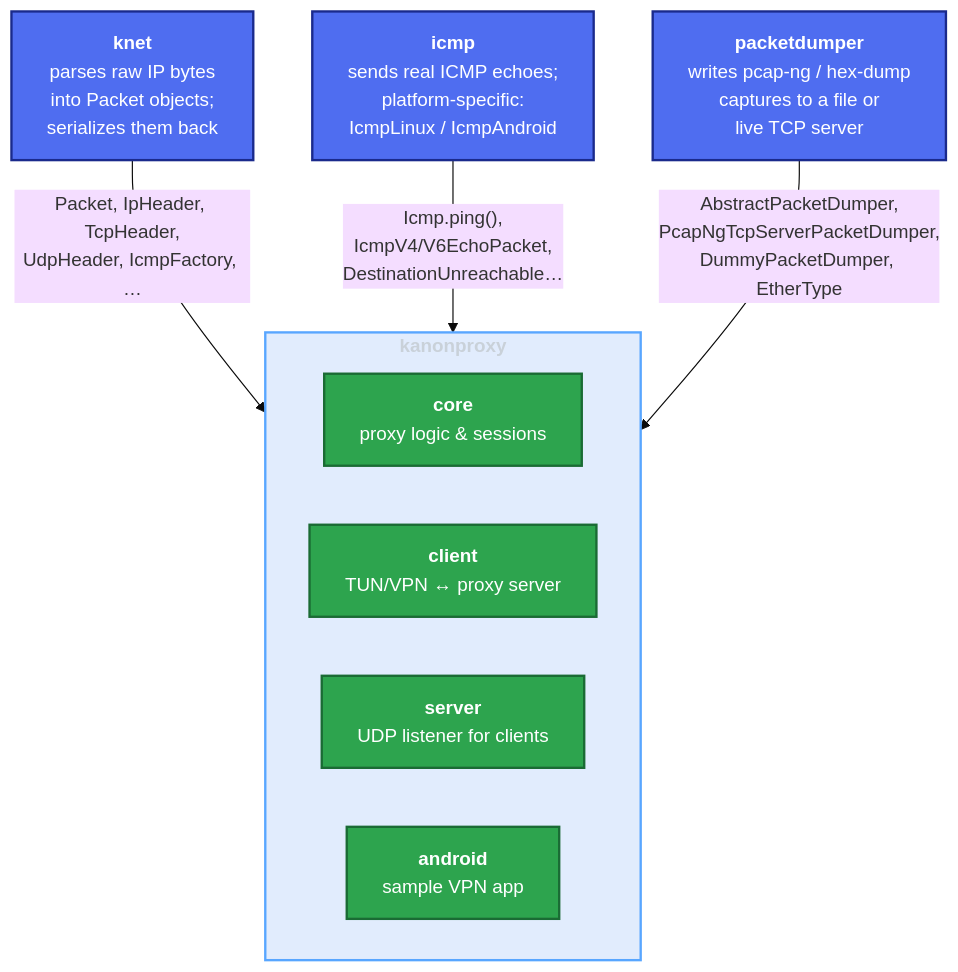
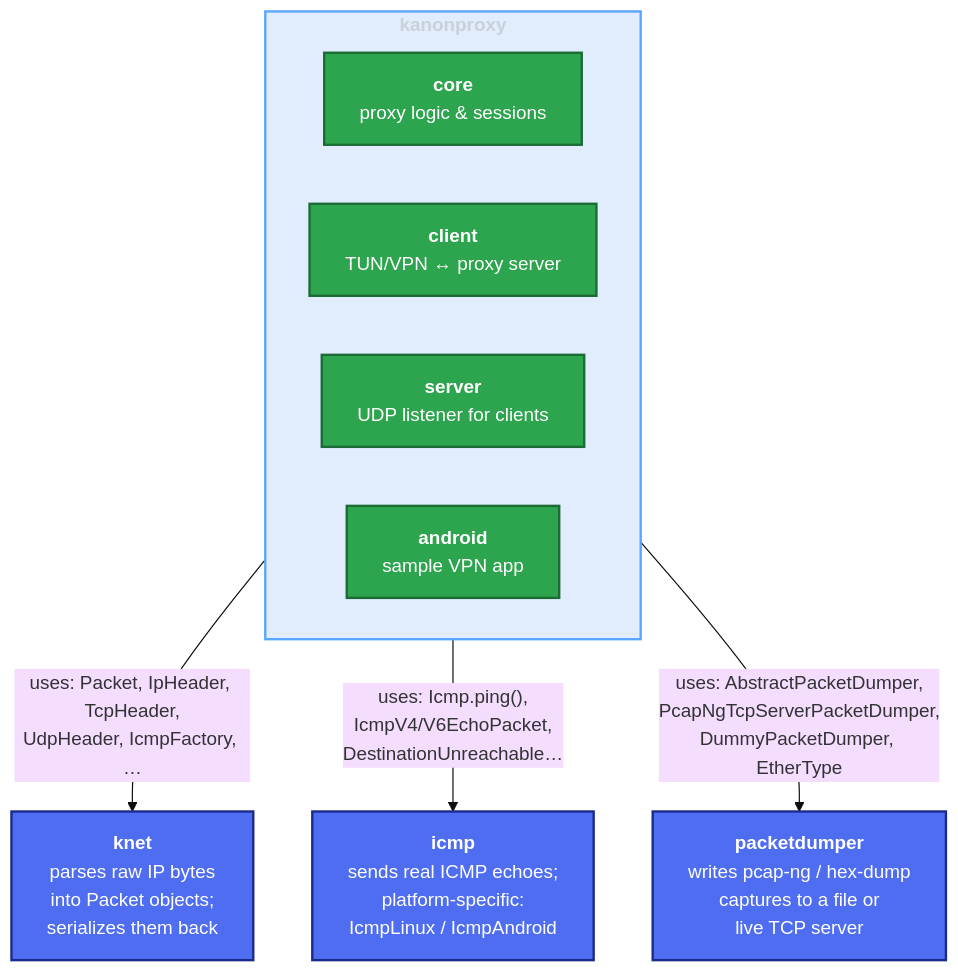
The first of 2 diagrams in docs/architecture.md (compscidr/kanonproxy), drawn with Mermaid (base theme) before and after one commit.

Commit message:
Flip high-level diagram so kanonproxy points down at its dependencies
Puts kanonproxy at the top and reverses the arrows so they read
"kanonproxy uses X", which matches the actual dependency direction.

````diff
--- a/docs/architecture.md
+++ b/docs/architecture.md
@@ -11,25 +11,25 @@
 ```mermaid
 flowchart TD
-    knet["<b>knet</b><br/>parses raw IP bytes<br/>into Packet objects;<br/>serializes them back"]
-    icmp["<b>icmp</b><br/>sends real ICMP echoes;<br/>platform-specific:<br/>IcmpLinux / IcmpAndroid"]
-    pd["<b>packetdumper</b><br/>writes pcap-ng / hex-dump<br/>captures to a file or<br/>live TCP server"]
-
     subgraph kanon["<b>kanonproxy</b>"]
         direction LR
         core["<b>core</b><br/>proxy logic &amp; sessions"]
         client["<b>client</b><br/>TUN/VPN ↔ proxy server"]
         server["<b>server</b><br/>UDP listener for clients"]
         android["<b>android</b><br/>sample VPN app"]
     end
 
-    knet -- "Packet, IpHeader, TcpHeader,<br/>UdpHeader, IcmpFactory, …" --> kanon
-    icmp -- "Icmp.ping(),<br/>IcmpV4/V6EchoPacket,<br/>DestinationUnreachable…" --> kanon
-    pd -- "AbstractPacketDumper,<br/>PcapNgTcpServerPacketDumper,<br/>DummyPacketDumper, EtherType" --> kanon
+    knet["<b>knet</b><br/>parses raw IP bytes<br/>into Packet objects;<br/>serializes them back"]
+    icmp["<b>icmp</b><br/>sends real ICMP echoes;<br/>platform-specific:<br/>IcmpLinux / IcmpAndroid"]
+    pd["<b>packetdumper</b><br/>writes pcap-ng / hex-dump<br/>captures to a file or<br/>live TCP server"]
+
+    kanon -- "uses: Packet, IpHeader, TcpHeader,<br/>UdpHeader, IcmpFactory, …" --> knet
+    kanon -- "uses: Icmp.ping(),<br/>IcmpV4/V6EchoPacket,<br/>DestinationUnreachable…" --> icmp
+    kanon -- "uses: AbstractPacketDumper,<br/>PcapNgTcpServerPacketDumper,<br/>DummyPacketDumper, EtherType" --> pd
 
     classDef lib fill:#4f6df0,stroke:#1a2a8c,stroke-width:2px,color:#ffffff;
     classDef mod fill:#2da44e,stroke:#1a6b34,stroke-width:2px,color:#ffffff;
     classDef group fill:#1f6feb22,stroke:#58a6ff,stroke-width:2px,color:#c9d1d9;
     class knet,icmp,pd lib;
     class core,client,server,android mod;
     class kanon group;
 ```
````
